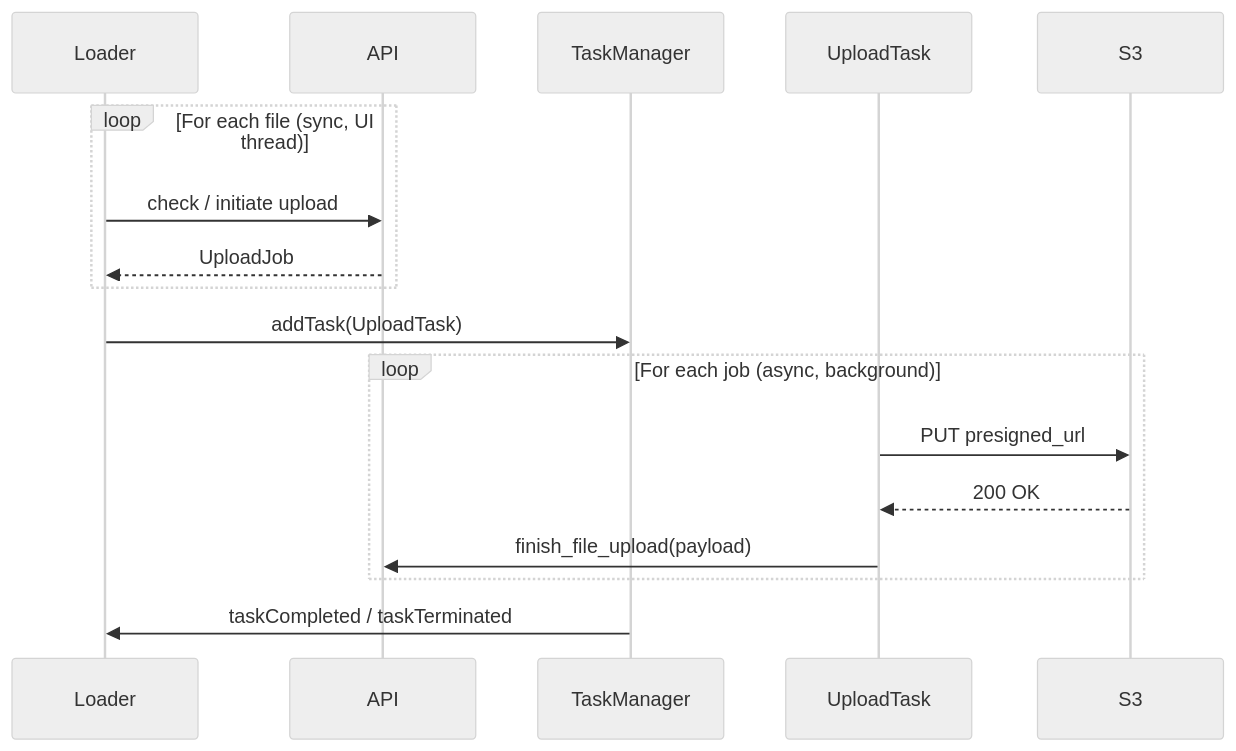
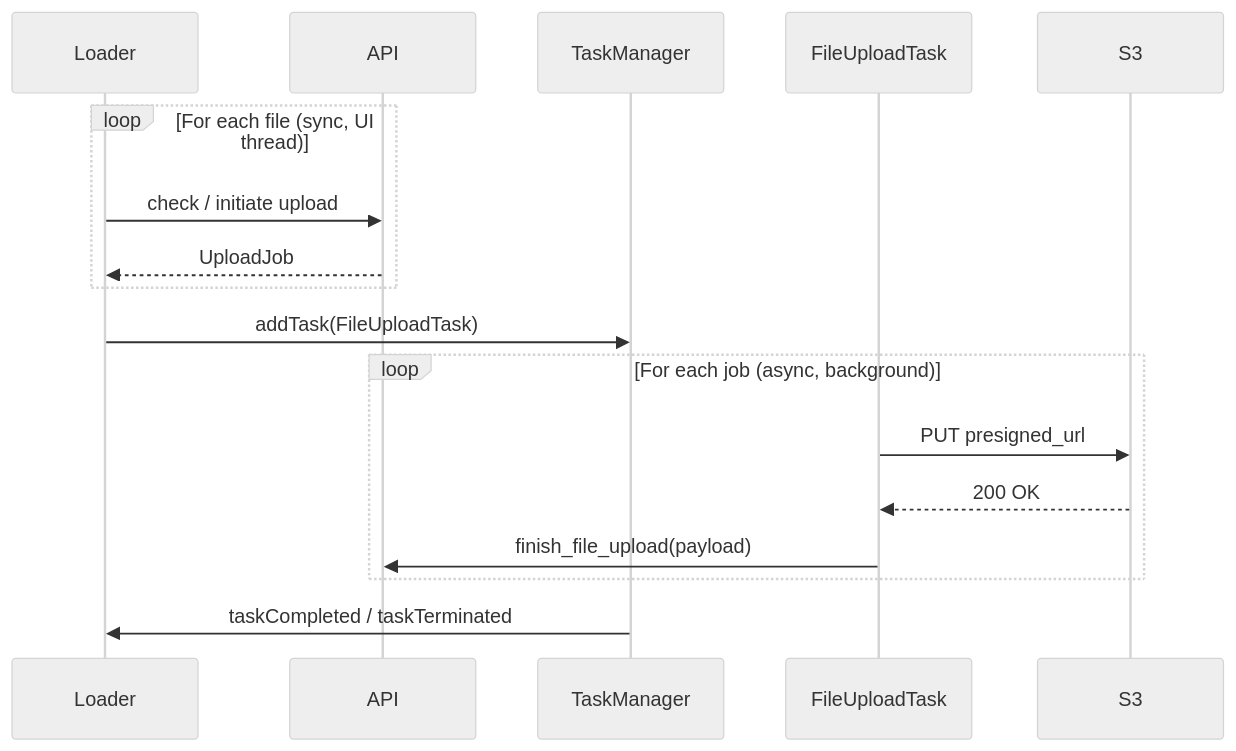
The first of 2 diagrams in doc/file_upload.md (nens/rana-qgis-plugin), drawn with Mermaid (neutral theme) before and after one commit. The commit also changed other lines of this file and 52 other files, not shown here.

````diff
--- a/doc/file_upload.md
+++ b/doc/file_upload.md
@@ -5,23 +8,23 @@
 ```mermaid
 sequenceDiagram
     participant Loader
     participant API
     participant TaskManager
-    participant UploadTask
+    participant FileUploadTask
     participant S3
 
     loop For each file (sync, UI thread)
         Loader->>API: check / initiate upload
         API-->>Loader: UploadJob
     end
 
-    Loader->>TaskManager: addTask(UploadTask)
+    Loader->>TaskManager: addTask(FileUploadTask)
 
     loop For each job (async, background)
-        UploadTask->>S3: PUT presigned_url
-        S3-->>UploadTask: 200 OK
-        UploadTask->>API: finish_file_upload(payload)
+        FileUploadTask->>S3: PUT presigned_url
+        S3-->>FileUploadTask: 200 OK
+        FileUploadTask->>API: finish_file_upload(payload)
     end
 
     TaskManager->>Loader: taskCompleted / taskTerminated
 ```
````
